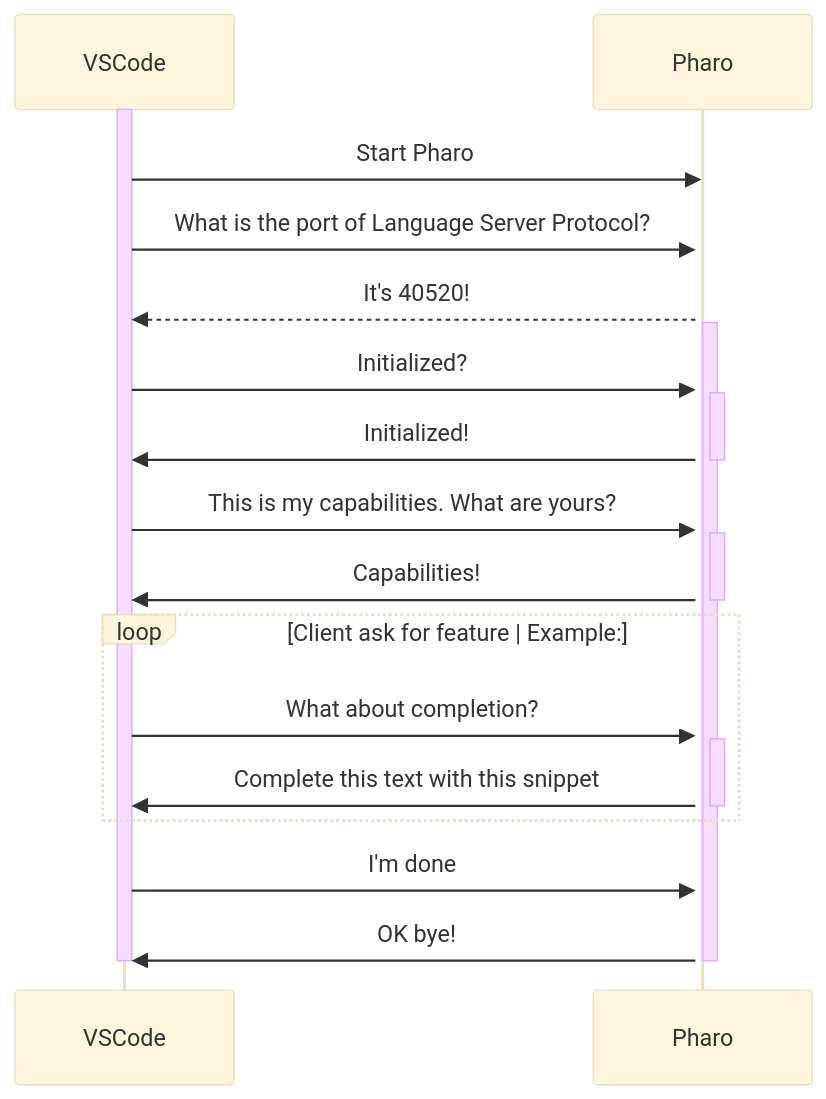
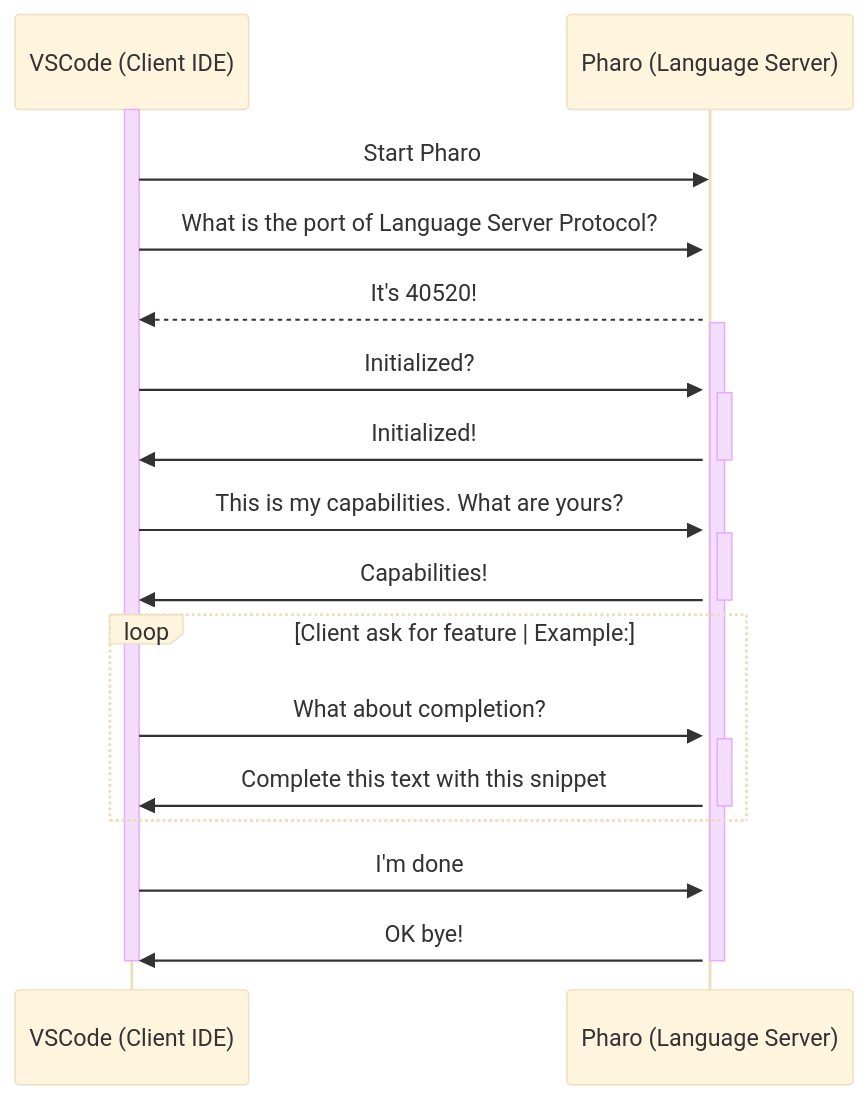
One commit to badetitou/badetitou.github.io changed the diagram in projects/VSCode-Pharo/docs/developers.md. Above: the diagram before and after it, drawn with Mermaid (base theme).

Commit message:
more precise sequence diagram

```diff
--- a/projects/VSCode-Pharo/docs/developers.md
+++ b/projects/VSCode-Pharo/docs/developers.md
@@ -27,21 +27,23 @@
 {% mermaid %}
 sequenceDiagram
+    participant VSCode as VSCode (Client IDE)
+    participant Pharo as Pharo (Language Server)
     activate VSCode
     VSCode->>Pharo: Start Pharo
     activate Pharo
     VSCode->>Pharo: What is the port of Language Server Protocol?
     Pharo-->>VSCode: It's 40520!
     activate Pharo
     VSCode->>+Pharo: Initialized?
     Pharo->>-VSCode: Initialized!
     VSCode->>+Pharo: This is my capabilities. What are yours?
     Pharo->>-VSCode: Capabilities!
     loop Client ask for feature | Example:
         VSCode->>+Pharo: What about completion?
         Pharo->>-VSCode: Complete this text with this snippet
     end
     VSCode->>Pharo: I'm done
     Pharo->>VSCode: OK bye!
     deactivate VSCode
     deactivate Pharo
 {% endmermaid %}
```
